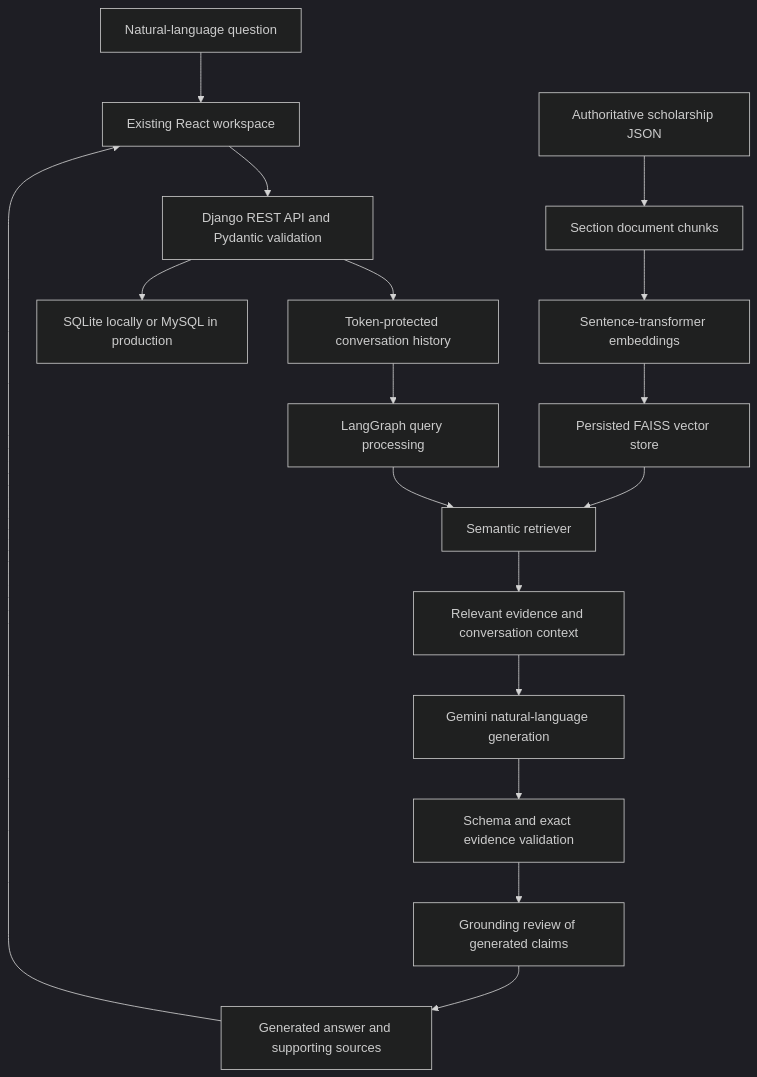
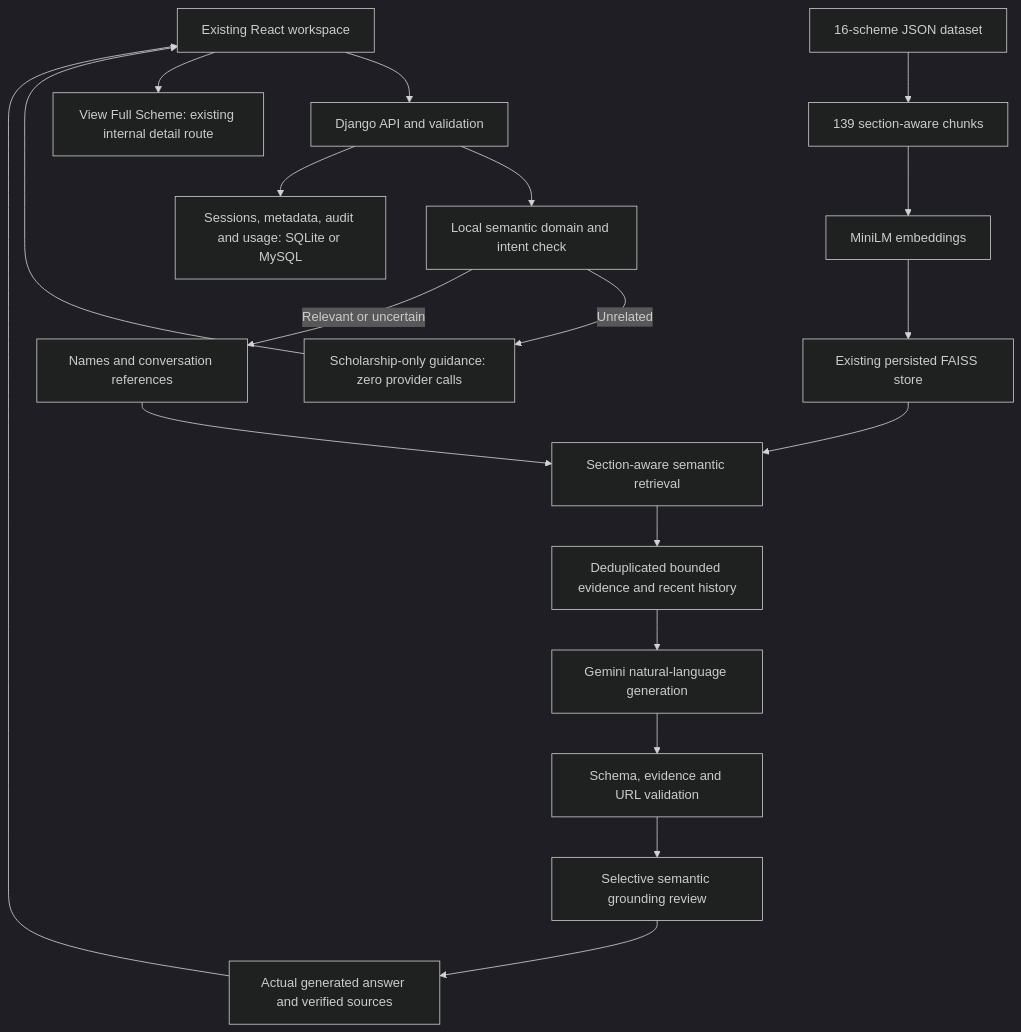
One commit to Code-ByLuna/scholarship-rag-assistant- changed the diagram in docs/ARCHITECTURE.md. Above: the diagram before and after it, drawn with Mermaid (dark theme). The commit also changed other lines of this file and 44 other files, not shown here.

Commit message:
feat: optimize scholarship RAG and add semantic domain and source navigation

````diff
--- a/docs/ARCHITECTURE.md
+++ b/docs/ARCHITECTURE.md
@@ -3,19 +3,21 @@
 ```mermaid
 flowchart TD
-    Student[Natural-language question] --> UI[Existing React workspace]
-    UI --> API[Django REST API and Pydantic validation]
-    API --> Session[Token-protected conversation history]
-    Session --> Query[LangGraph query processing]
-    Query --> Retriever[Semantic retriever]
-    Corpus[Authoritative scholarship JSON] --> Chunks[Section document chunks]
-    Chunks --> Embeddings[Sentence-transformer embeddings]
-    Embeddings --> FAISS[Persisted FAISS vector store]
+    UI[Existing React workspace] --> API[Django API and validation]
+    API --> Domain[Local semantic domain and intent check]
+    Domain -->|Unrelated| Redirect[Scholarship-only guidance: zero provider calls]
+    Domain -->|Relevant or uncertain| Query[Names and conversation references]
+    Corpus[16-scheme JSON dataset] --> Chunks[139 section-aware chunks]
+    Chunks --> Embeddings[MiniLM embeddings]
+    Embeddings --> FAISS[Existing persisted FAISS store]
+    Query --> Retriever[Section-aware semantic retrieval]
     FAISS --> Retriever
-    Retriever --> Context[Relevant evidence and conversation context]
+    Retriever --> Context[Deduplicated bounded evidence and recent history]
     Context --> Gemini[Gemini natural-language generation]
-    Gemini --> Validate[Schema and exact evidence validation]
-    Validate --> Review[Grounding review of generated claims]
-    Review --> Response[Generated answer and supporting sources]
+    Gemini --> Checks[Schema, evidence and URL validation]
+    Checks --> Review[Selective semantic grounding review]
+    Review --> Response[Actual generated answer and verified sources]
     Response --> UI
-    API --> SQL[SQLite locally or MySQL in production]
+    UI --> Detail[View Full Scheme: existing internal detail route]
+    Redirect --> UI
+    API --> SQL[Sessions, metadata, audit and usage: SQLite or MySQL]
 ```
````
